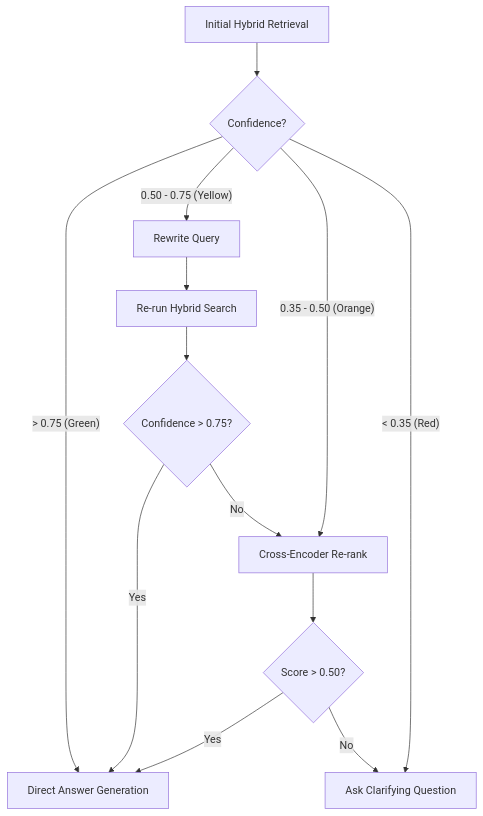
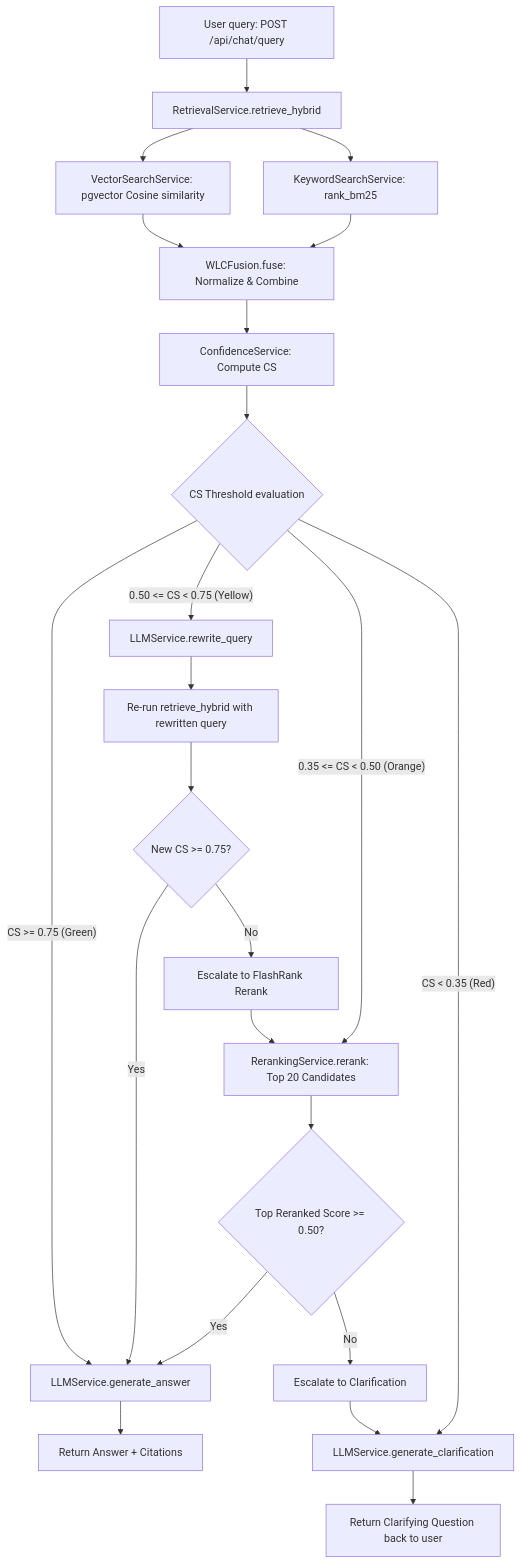
One commit to vaibhv19/Phoenix changed the second of 2 diagrams in Docs/AppFlow.md. Above: the diagram before and after it, drawn with Mermaid. The commit also changed other lines of this file and 5 other files, not shown here.

````diff
--- a/Docs/AppFlow.md
+++ b/Docs/AppFlow.md
@@ -46,19 +47,34 @@
 ```mermaid
 graph TD
-    Start[Initial Hybrid Retrieval] --> C{Confidence?}
+    Start[User query: POST /api/chat/query] --> Retrieval[RetrievalService.retrieve_hybrid]
+    Retrieval --> VectorSearch[VectorSearchService: pgvector Cosine similarity]
+    Retrieval --> KeywordSearch[KeywordSearchService: rank_bm25]
+    VectorSearch --> Fusion[WLCFusion.fuse: Normalize & Combine]
+    KeywordSearch --> Fusion
+    Fusion --> Confidence[ConfidenceService: Compute CS]
     
-    C -- "> 0.75 (Green)" --> Gen[Direct Answer Generation]
+    Confidence --> Check{CS Threshold evaluation}
     
-    C -- "0.50 - 0.75 (Yellow)" --> Rew[Rewrite Query]
-    Rew --> H2[Re-run Hybrid Search]
-    H2 --> C2{Confidence > 0.75?}
-    C2 -- Yes --> Gen
-    C2 -- No --> Rerank
+    %% Green Path
+    Check -- "CS >= 0.75 (Green)" --> GenAnswer[LLMService.generate_answer]
+    GenAnswer --> Success[Return Answer + Citations]
     
-    C -- "0.35 - 0.50 (Orange)" --> Rerank[Cross-Encoder Re-rank]
-    Rerank --> C3{Score > 0.50?}
-    C3 -- Yes --> Gen
-    C3 -- No --> Clarify
+    %% Yellow Path
+    Check -- "0.50 <= CS < 0.75 (Yellow)" --> Rewrite[LLMService.rewrite_query]
+    Rewrite --> ReSearch[Re-run retrieve_hybrid with rewritten query]
+    ReSearch --> Check2{New CS >= 0.75?}
+    Check2 -- Yes --> GenAnswer
+    Check2 -- No --> EscRerank[Escalate to FlashRank Rerank]
     
-    C -- "< 0.35 (Red)" --> Clarify[Ask Clarifying Question]
+    %% Orange Path
+    Check -- "0.35 <= CS < 0.50 (Orange)" --> Rerank[RerankingService.rerank: Top 20 Candidates]
+    EscRerank --> Rerank
+    Rerank --> Check3{Top Reranked Score >= 0.50?}
+    Check3 -- Yes --> GenAnswer
+    Check3 -- No --> EscClarify[Escalate to Clarification]
+    
+    %% Red Path
+    Check -- "CS < 0.35 (Red)" --> Clarify[LLMService.generate_clarification]
+    EscClarify --> Clarify
+    Clarify --> AskUser[Return Clarifying Question back to user]
 ```
````
